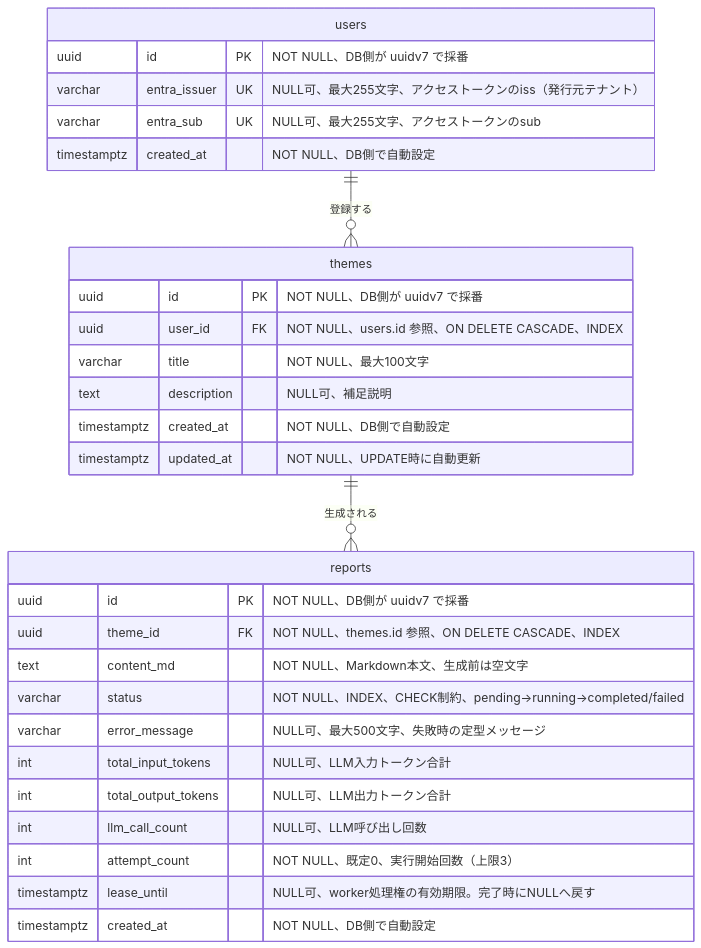
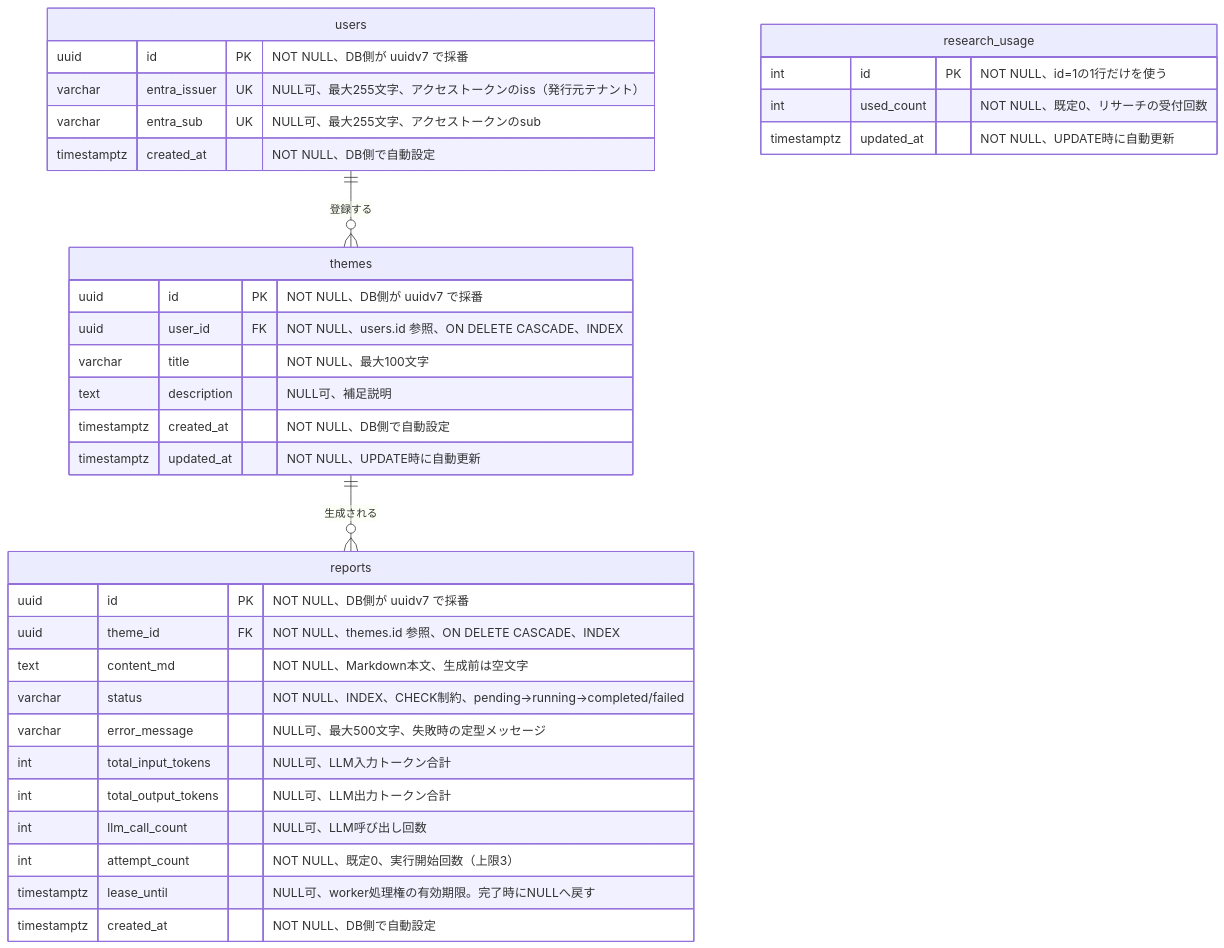
The diagram in docs/er-diagram.md (blckspdrmn/research-agent), drawn with Mermaid before and after one commit. The commit also changed other lines of this file and 10 other files, not shown here.

````diff
--- a/docs/er-diagram.md
+++ b/docs/er-diagram.md
@@ -3,35 +3,41 @@
 ```mermaid
 erDiagram
     users ||--o{ themes : "登録する"
     themes ||--o{ reports : "生成される"
 
     users {
         uuid id PK "NOT NULL、DB側が uuidv7 で採番"
         varchar entra_issuer UK "NULL可、最大255文字、アクセストークンのiss（発行元テナント）"
         varchar entra_sub UK "NULL可、最大255文字、アクセストークンのsub"
         timestamptz created_at "NOT NULL、DB側で自動設定"
     }
 
     themes {
         uuid id PK "NOT NULL、DB側が uuidv7 で採番"
         uuid user_id FK "NOT NULL、users.id 参照、ON DELETE CASCADE、INDEX"
         varchar title "NOT NULL、最大100文字"
         text description "NULL可、補足説明"
         timestamptz created_at "NOT NULL、DB側で自動設定"
         timestamptz updated_at "NOT NULL、UPDATE時に自動更新"
     }
 
     reports {
         uuid id PK "NOT NULL、DB側が uuidv7 で採番"
         uuid theme_id FK "NOT NULL、themes.id 参照、ON DELETE CASCADE、INDEX"
         text content_md "NOT NULL、Markdown本文、生成前は空文字"
         varchar status "NOT NULL、INDEX、CHECK制約、pending→running→completed/failed"
         varchar error_message "NULL可、最大500文字、失敗時の定型メッセージ"
         int total_input_tokens "NULL可、LLM入力トークン合計"
         int total_output_tokens "NULL可、LLM出力トークン合計"
         int llm_call_count "NULL可、LLM呼び出し回数"
         int attempt_count "NOT NULL、既定0、実行開始回数（上限3）"
         timestamptz lease_until "NULL可、worker処理権の有効期限。完了時にNULLへ戻す"
         timestamptz created_at "NOT NULL、DB側で自動設定"
     }
+
+    research_usage {
+        int id PK "NOT NULL、id=1の1行だけを使う"
+        int used_count "NOT NULL、既定0、リサーチの受付回数"
+        timestamptz updated_at "NOT NULL、UPDATE時に自動更新"
+    }
 ```
````
